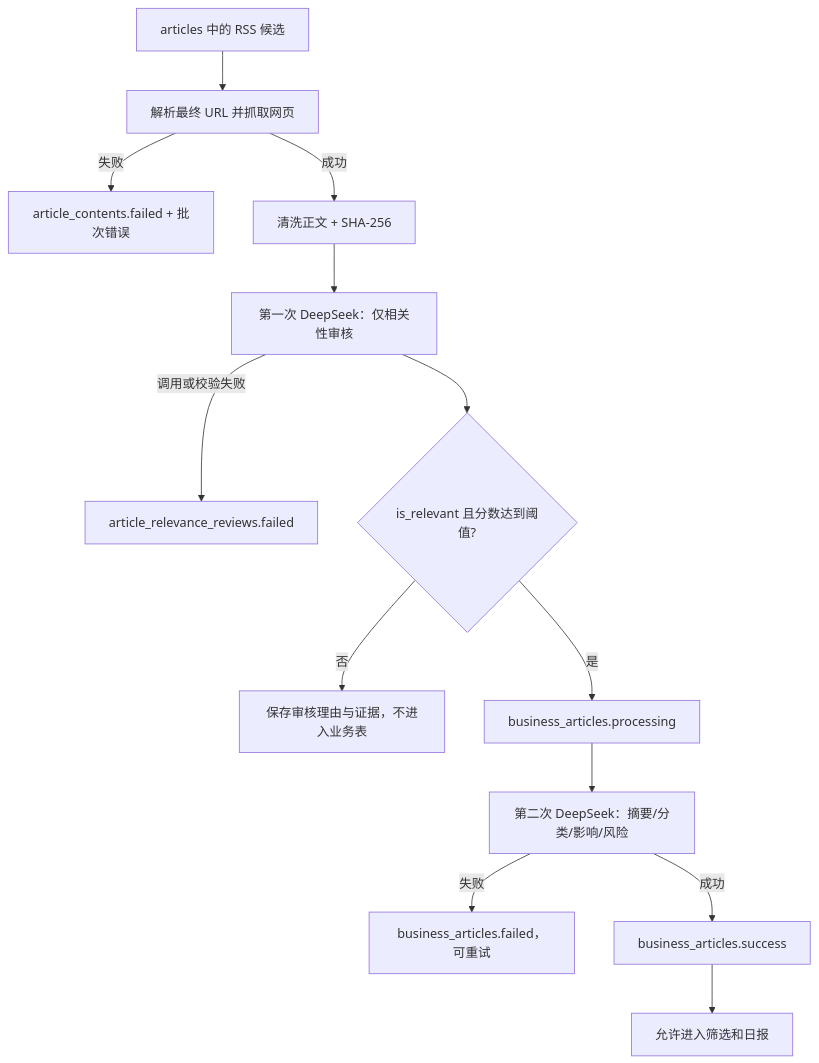
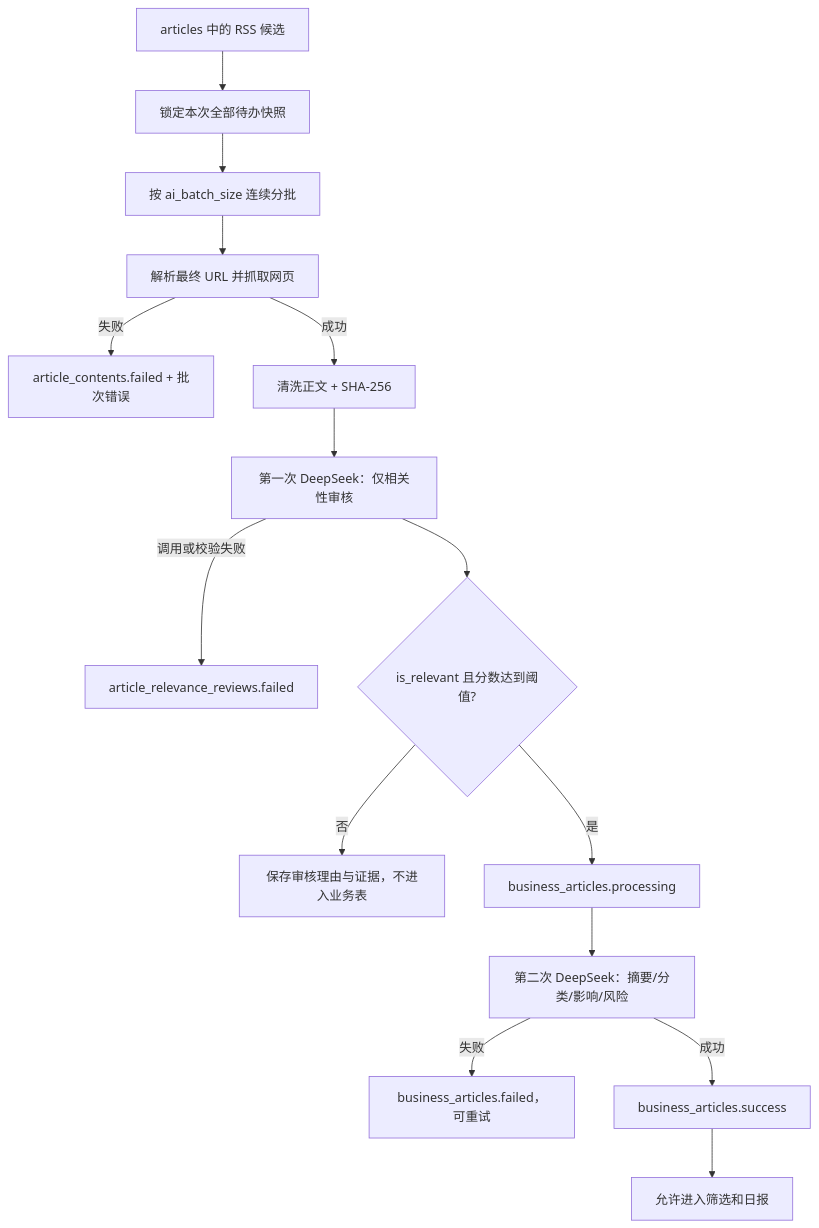
The third of 6 diagrams in docs/technical-design.md (shiye1213/intco-rss-collector), drawn with Mermaid before and after one commit. The commit also changed other lines of this file and 7 other files, not shown here.

````diff
--- a/docs/technical-design.md
+++ b/docs/technical-design.md
@@ -172,15 +172,17 @@
 ```mermaid
 flowchart TD
-    Candidate["articles 中的 RSS 候选"] --> Fetch["解析最终 URL 并抓取网页"]
+    Candidate["articles 中的 RSS 候选"] --> Snapshot["锁定本次全部待办快照"]
+    Snapshot --> Batch["按 ai_batch_size 连续分批"]
+    Batch --> Fetch["解析最终 URL 并抓取网页"]
     Fetch -->|"失败"| FetchError["article_contents.failed + 批次错误"]
     Fetch -->|"成功"| Content["清洗正文 + SHA-256"]
     Content --> Review["第一次 DeepSeek：仅相关性审核"]
     Review -->|"调用或校验失败"| ReviewError["article_relevance_reviews.failed"]
     Review --> Gate{"is_relevant 且分数达到阈值?"}
     Gate -->|"否"| Rejected["保存审核理由与证据，不进入业务表"]
     Gate -->|"是"| Accepted["business_articles.processing"]
     Accepted --> Analysis["第二次 DeepSeek：摘要/分类/影响/风险"]
     Analysis -->|"失败"| AnalysisError["business_articles.failed，可重试"]
     Analysis -->|"成功"| Intelligence["business_articles.success"]
     Intelligence --> ReportSource["允许进入筛选和日报"]
 ```
````
